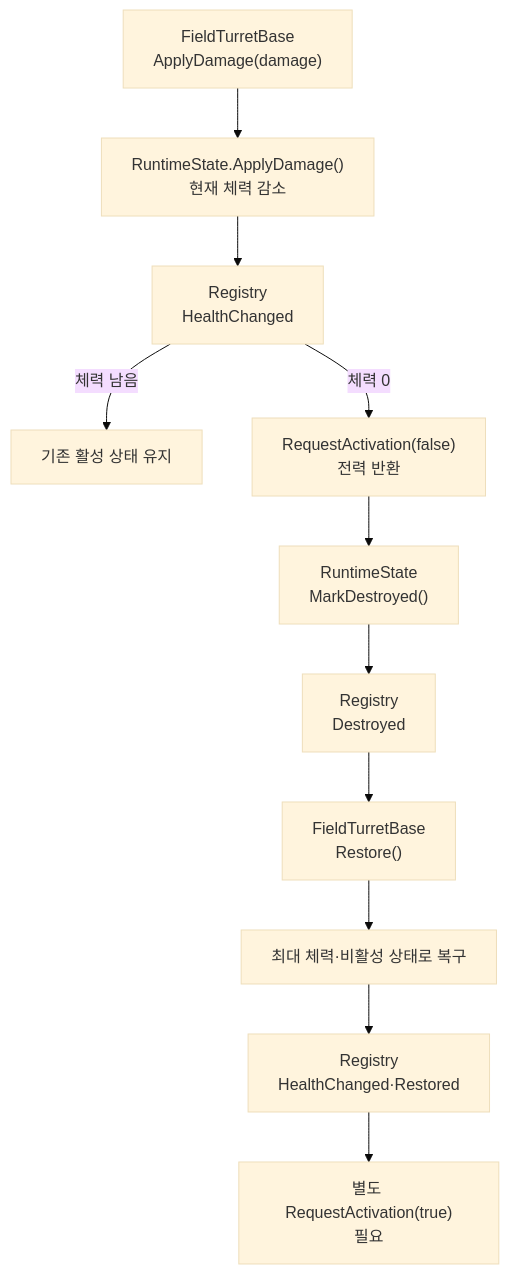
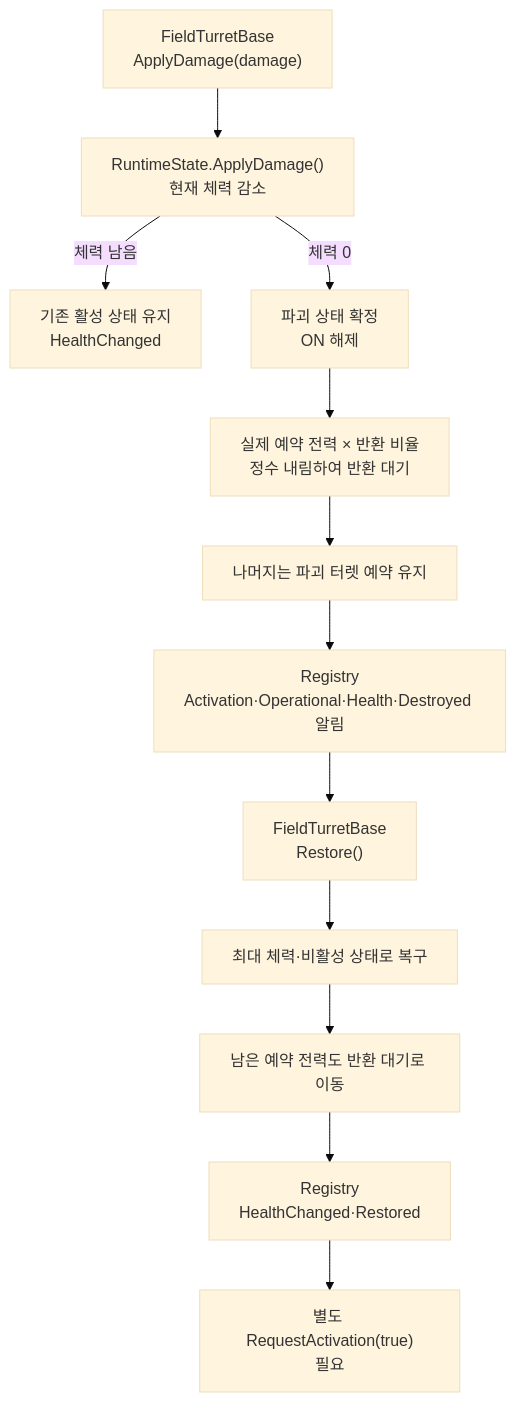
The seventh of 17 diagrams in Docs/architecture/turret-system-guide.md (Team-HJD-21/unity-6-the-developer), drawn with Mermaid (base theme) before and after one commit. The commit also changed other lines of this file and 6 other files, not shown here.

````diff
--- a/Docs/architecture/turret-system-guide.md
+++ b/Docs/architecture/turret-system-guide.md
@@ -361,13 +361,14 @@
 ```mermaid
 flowchart TD
     Hit["FieldTurretBase<br>ApplyDamage(damage)"] --> Reduce["RuntimeState.ApplyDamage()<br>현재 체력 감소"]
-    Reduce --> HealthEvent["Registry<br>HealthChanged"]
-    HealthEvent -->|체력 남음| Alive["기존 활성 상태 유지"]
-    HealthEvent -->|체력 0| Off["RequestActivation(false)<br>전력 반환"]
-    Off --> Destroyed["RuntimeState<br>MarkDestroyed()"]
-    Destroyed --> DestroyEvent["Registry<br>Destroyed"]
+    Reduce -->|체력 남음| Alive["기존 활성 상태 유지<br>HealthChanged"]
+    Reduce -->|체력 0| Destroyed["파괴 상태 확정<br>ON 해제"]
+    Destroyed --> Partial["실제 예약 전력 × 반환 비율<br>정수 내림하여 반환 대기"]
+    Partial --> Retained["나머지는 파괴 터렛 예약 유지"]
+    Retained --> DestroyEvent["Registry<br>Activation·Operational·Health·Destroyed 알림"]
     DestroyEvent --> Restore["FieldTurretBase<br>Restore()"]
     Restore --> Full["최대 체력·비활성 상태로 복구"]
-    Full --> RestoreEvent["Registry<br>HealthChanged·Restored"]
+    Full --> ReleaseRest["남은 예약 전력도 반환 대기로 이동"]
+    ReleaseRest --> RestoreEvent["Registry<br>HealthChanged·Restored"]
     RestoreEvent --> Manual["별도 RequestActivation(true)<br>필요"]
 ```
````
